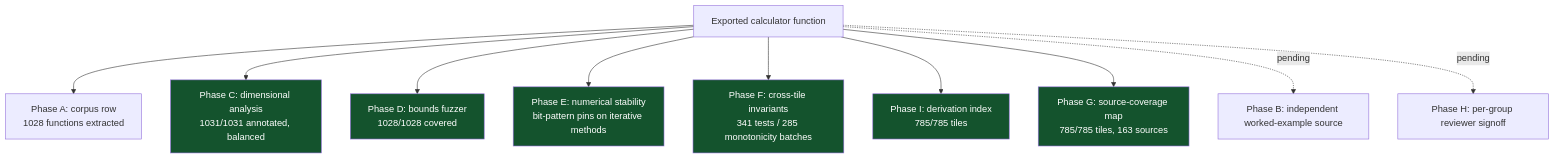
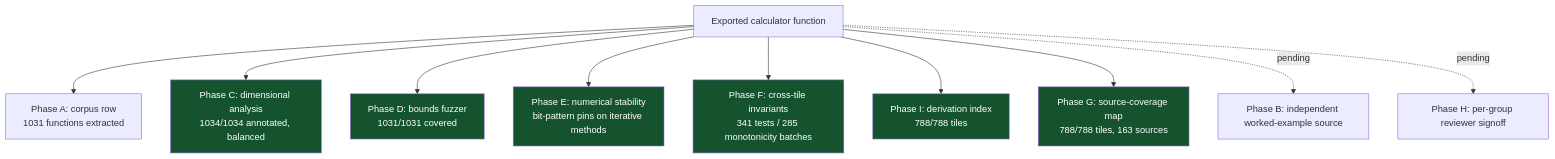
The sixth of 8 diagrams in README.md (clay-good/roughlogic.com), drawn with Mermaid before and after one commit. The commit also changed other lines of this file and 19 other files, not shown here.

````diff
--- a/README.md
+++ b/README.md
@@ -519,18 +519,18 @@
 ```mermaid
 flowchart TB
-    F[Exported calculator function] --> A[Phase A: corpus row\n1028 functions extracted]
-    F --> C[Phase C: dimensional analysis\n1031/1031 annotated, balanced]
-    F --> D[Phase D: bounds fuzzer\n1028/1028 covered]
+    F[Exported calculator function] --> A[Phase A: corpus row\n1031 functions extracted]
+    F --> C[Phase C: dimensional analysis\n1034/1034 annotated, balanced]
+    F --> D[Phase D: bounds fuzzer\n1031/1031 covered]
     F --> E[Phase E: numerical stability\nbit-pattern pins on iterative methods]
     F --> Fa[Phase F: cross-tile invariants\n341 tests / 285 monotonicity batches]
-    F --> I[Phase I: derivation index\n785/785 tiles]
-    F --> G[Phase G: source-coverage map\n785/785 tiles, 163 sources]
+    F --> I[Phase I: derivation index\n788/788 tiles]
+    F --> G[Phase G: source-coverage map\n788/788 tiles, 163 sources]
     F -.pending.-> B[Phase B: independent worked-example source]
     F -.pending.-> H[Phase H: per-group reviewer signoff]
     style C fill:#14532d,color:#fff
     style D fill:#14532d,color:#fff
     style E fill:#14532d,color:#fff
     style Fa fill:#14532d,color:#fff
     style G fill:#14532d,color:#fff
     style I fill:#14532d,color:#fff
 ```
````
